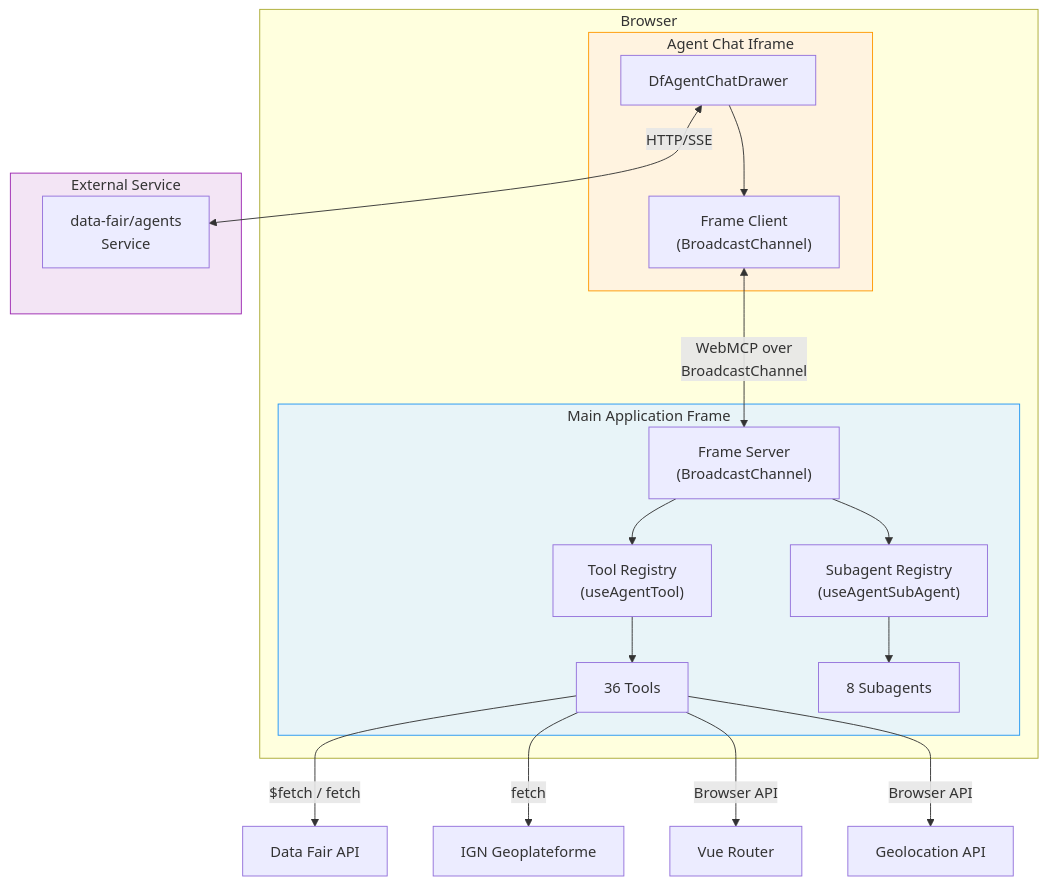
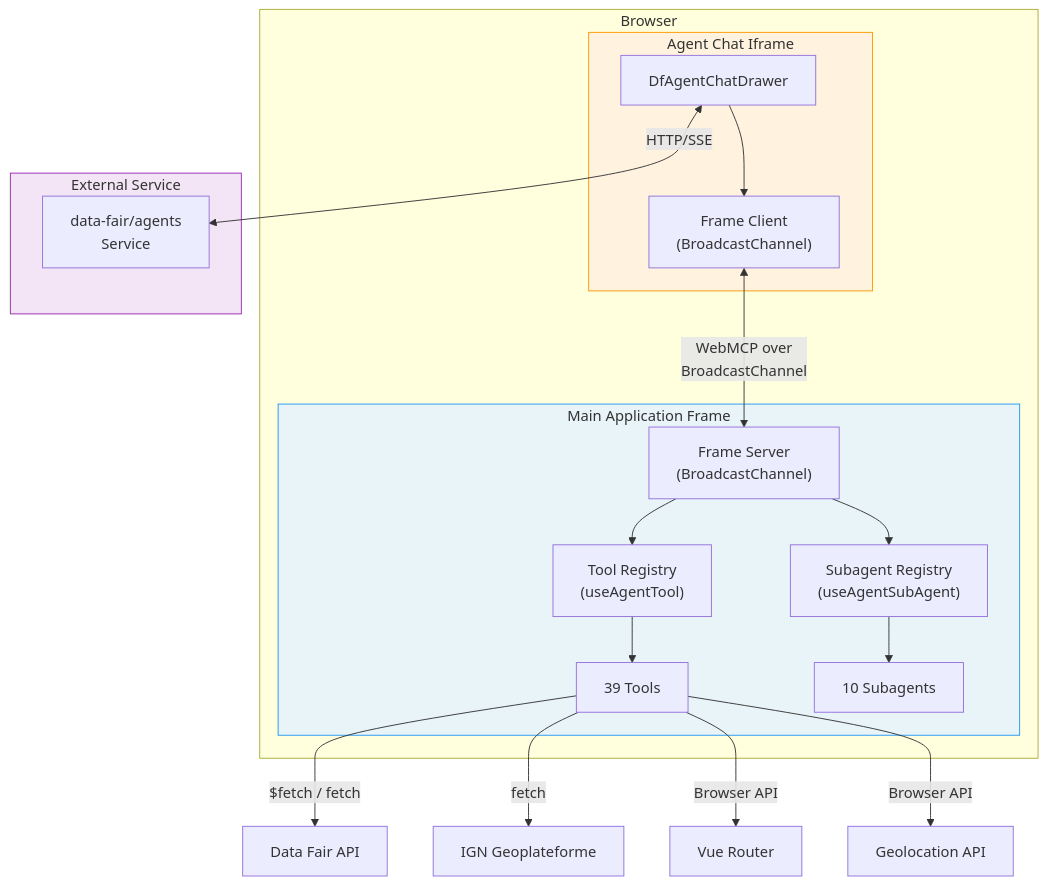
The first of 3 diagrams in docs/architecture/agent-integration.md (data-fair/data-fair), drawn with Mermaid before and after one commit. The commit also changed other lines of this file and 1 other file, not shown here.

Commit message:
docs(agent): document application config + metadata + page-guidance tools

````diff
--- a/docs/architecture/agent-integration.md
+++ b/docs/architecture/agent-integration.md
@@ -31,34 +31,34 @@
 ```mermaid
 graph TB
     subgraph Browser
         subgraph MainFrame["Main Application Frame"]
             FS["Frame Server<br/>(BroadcastChannel)"]
             TR["Tool Registry<br/>(useAgentTool)"]
             SR["Subagent Registry<br/>(useAgentSubAgent)"]
-            Tools["36 Tools"]
-            SubAgents["8 Subagents"]
+            Tools["39 Tools"]
+            SubAgents["10 Subagents"]
             TR --> Tools
             SR --> SubAgents
             FS --> TR
             FS --> SR
         end
         subgraph ChatIframe["Agent Chat Iframe"]
             CD["DfAgentChatDrawer"]
             FC["Frame Client<br/>(BroadcastChannel)"]
             CD --> FC
         end
         FC <-->|"WebMCP over<br/>BroadcastChannel"| FS
     end
     subgraph External["External Service"]
         AS["data-fair/agents<br/>Service"]
     end
     CD <-->|"HTTP/SSE"| AS
     Tools -->|"$fetch / fetch"| API["Data Fair API"]
     Tools -->|"fetch"| GEO["IGN Geoplateforme"]
     Tools -->|"Browser API"| NAV["Vue Router"]
     Tools -->|"Browser API"| GEOLOC["Geolocation API"]
 
     style MainFrame fill:#e8f4f8,stroke:#2196F3
     style ChatIframe fill:#fff3e0,stroke:#FF9800
     style External fill:#f3e5f5,stroke:#9C27B0
 ```
````
